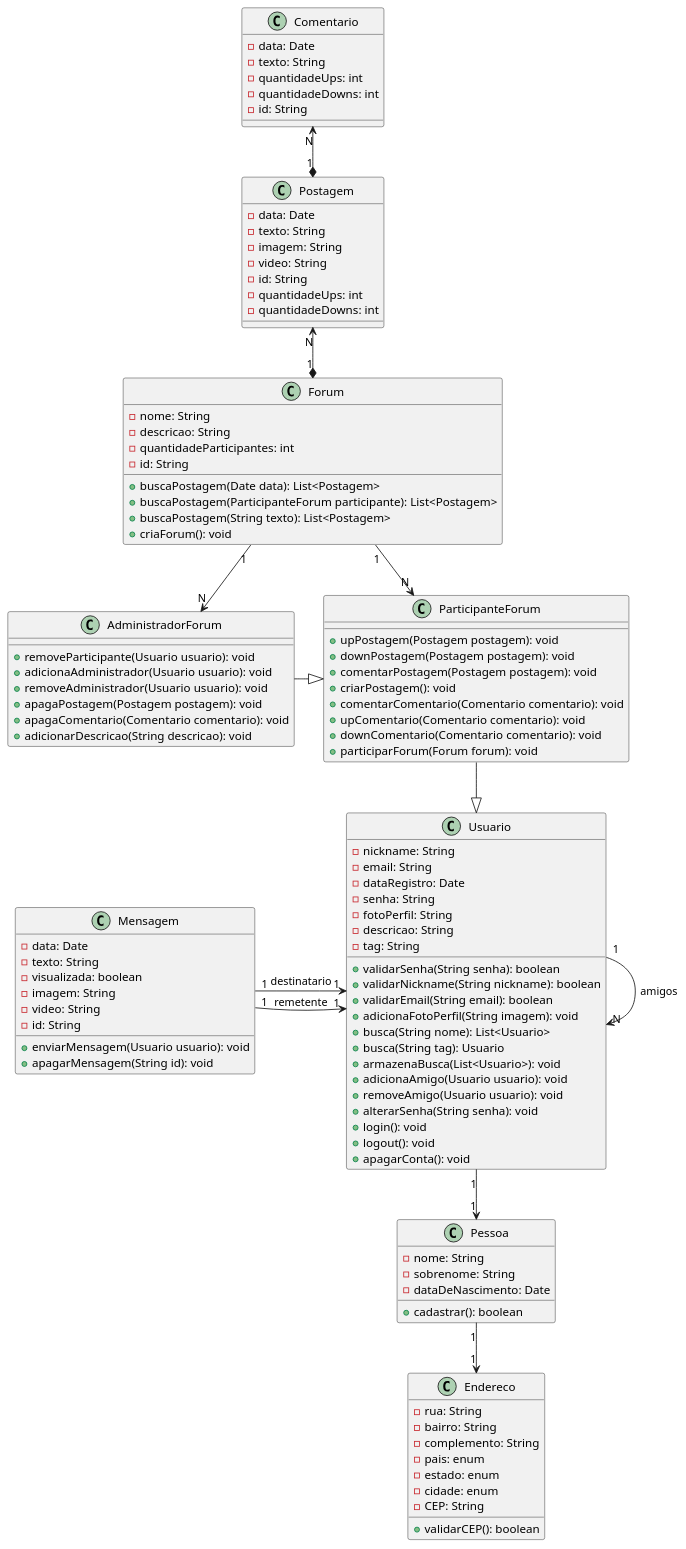
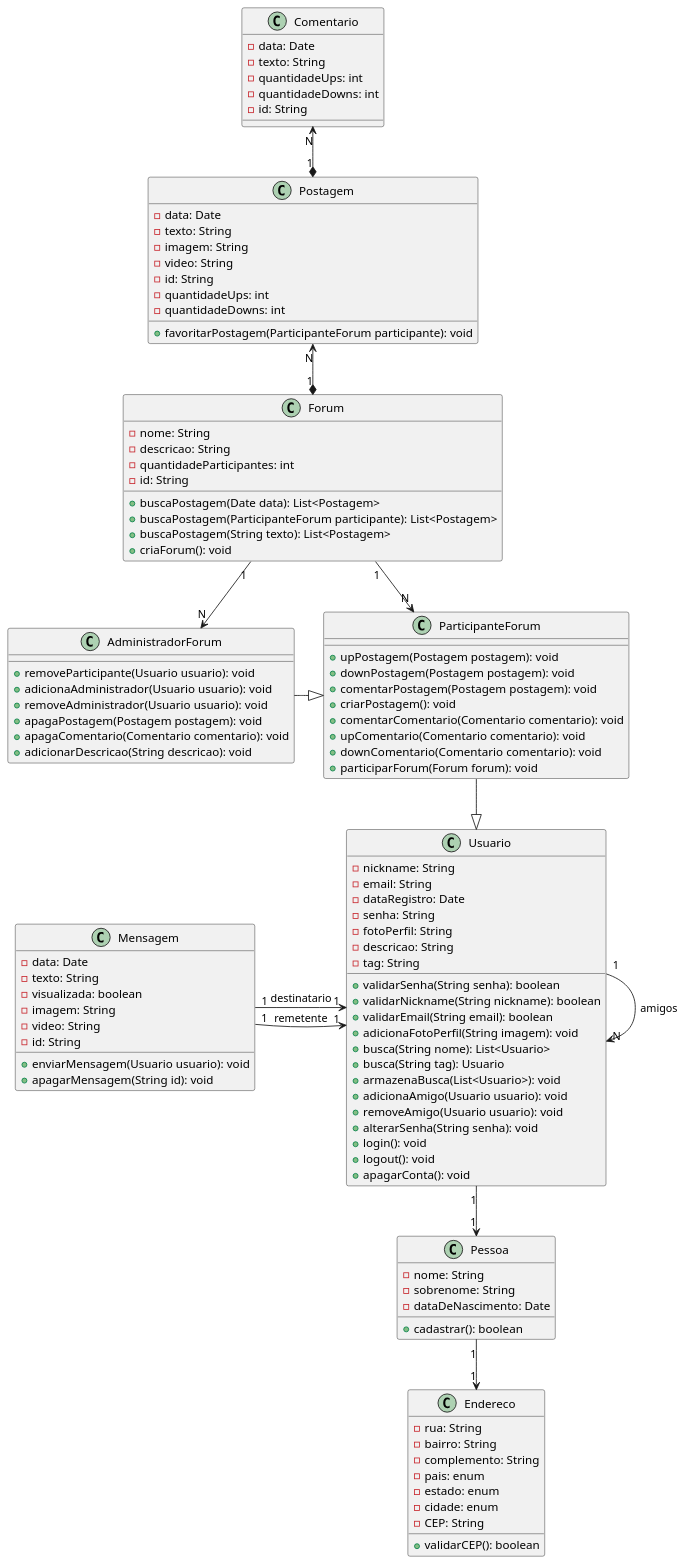
The diagram in diagrama.puml (nogueiralegacy/plantuml), drawn with PlantUML before and after one commit.

```diff
--- a/diagrama.puml
+++ b/diagrama.puml
@@ -1,122 +1,120 @@
 @startuml diagrama
-
 
 class Endereco {
 -rua: String
 -bairro: String
 -complemento: String
 -pais: enum
 -estado: enum
 -cidade: enum
 -CEP: String
 +validarCEP(): boolean
 }
 
 class Pessoa {
 -nome: String
 -sobrenome: String
 -dataDeNascimento: Date
 +cadastrar(): boolean
 }
 
 class Usuario {
 -nickname: String
 -email: String
 -dataRegistro: Date
 -senha: String
 -fotoPerfil: String
 -descricao: String
 -tag: String
 +validarSenha(String senha): boolean
 +validarNickname(String nickname): boolean
 +validarEmail(String email): boolean
 +adicionaFotoPerfil(String imagem): void
 +busca(String nome): List<Usuario>
 +busca(String tag): Usuario
 +armazenaBusca(List<Usuario>): void
 +adicionaAmigo(Usuario usuario): void
 +removeAmigo(Usuario usuario): void
 +alterarSenha(String senha): void
 +login(): void
 +logout(): void
 +apagarConta(): void
 }
 
 
 class Mensagem {
 -data: Date
 -texto: String
 -visualizada: boolean
 -imagem: String
 -video: String
 -id: String
 +enviarMensagem(Usuario usuario): void
 +apagarMensagem(String id): void
 }
 
 class AdministradorForum {
 +removeParticipante(Usuario usuario): void
 +adicionaAdministrador(Usuario usuario): void
 +removeAdministrador(Usuario usuario): void
 +apagaPostagem(Postagem postagem): void
 +apagaComentario(Comentario comentario): void
 +adicionarDescricao(String descricao): void
 }
 
 
 
 class ParticipanteForum {
 +upPostagem(Postagem postagem): void
 +downPostagem(Postagem postagem): void
 +comentarPostagem(Postagem postagem): void
 +criarPostagem(): void
 +comentarComentario(Comentario comentario): void
 +upComentario(Comentario comentario): void
 +downComentario(Comentario comentario): void
 +participarForum(Forum forum): void
 }
 
 class Comentario {
 -data: Date
 -texto: String
 -quantidadeUps: int
 -quantidadeDowns: int
 -id: String
 }
 
 class Forum {
 -nome: String
 -descricao: String
 -quantidadeParticipantes: int
 -id: String
 +buscaPostagem(Date data): List<Postagem>
 +buscaPostagem(ParticipanteForum participante): List<Postagem>
 +buscaPostagem(String texto): List<Postagem>
 +criaForum(): void
 }
 
 class Postagem {
 -data: Date
 -texto: String
 -imagem: String
 -video: String
 -id: String
 -quantidadeUps: int
 -quantidadeDowns: int
++favoritarPostagem(ParticipanteForum participante): void
 }  
 
 
 Postagem "1" *-up-> "N" Comentario
 Forum "1" -down-> "N" ParticipanteForum
 Forum "1" -down-> "N" AdministradorForum
 Forum "1" *-up-> "N" Postagem
 ParticipanteForum --|> Usuario
 AdministradorForum -right-|> ParticipanteForum
 Usuario "1" --> "N" Usuario : amigos
 Usuario "1" -down-> "1" Pessoa
 Pessoa "1" -down-> "1" Endereco
 Mensagem "1" -right-> "1" Usuario : remetente
 Mensagem "1" -right-> "1" Usuario : destinatario
-
-
 @enduml
```
